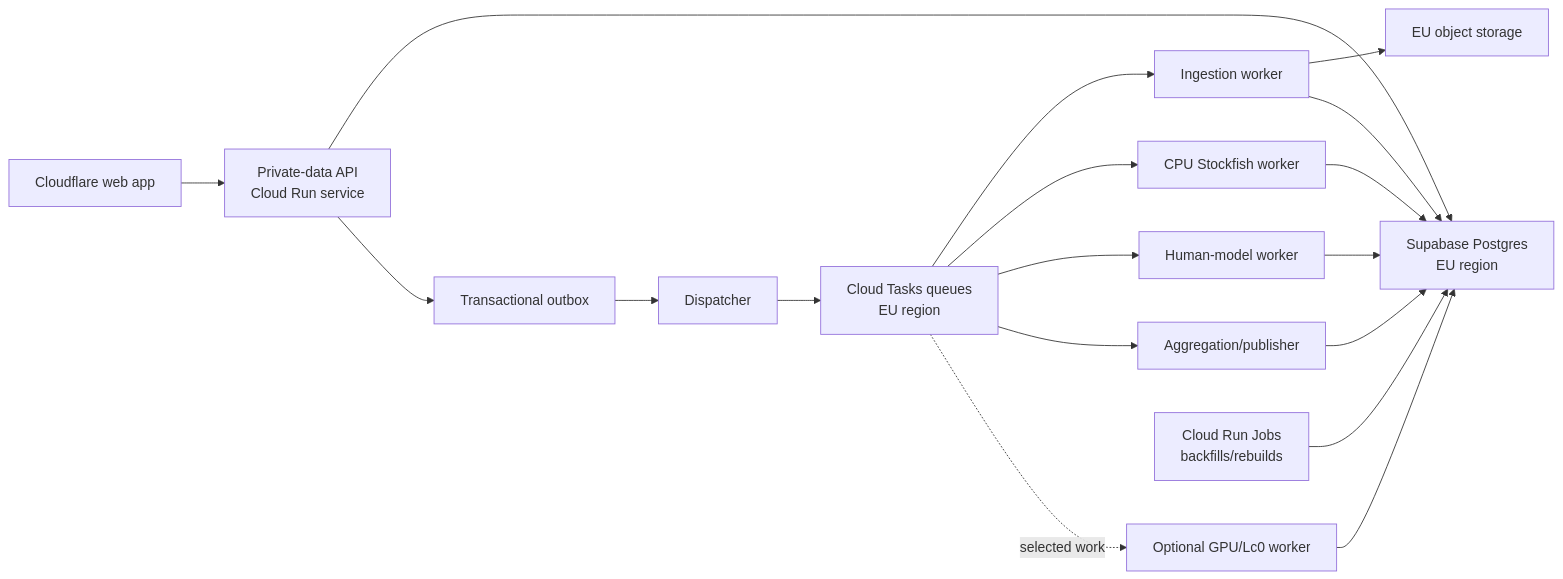
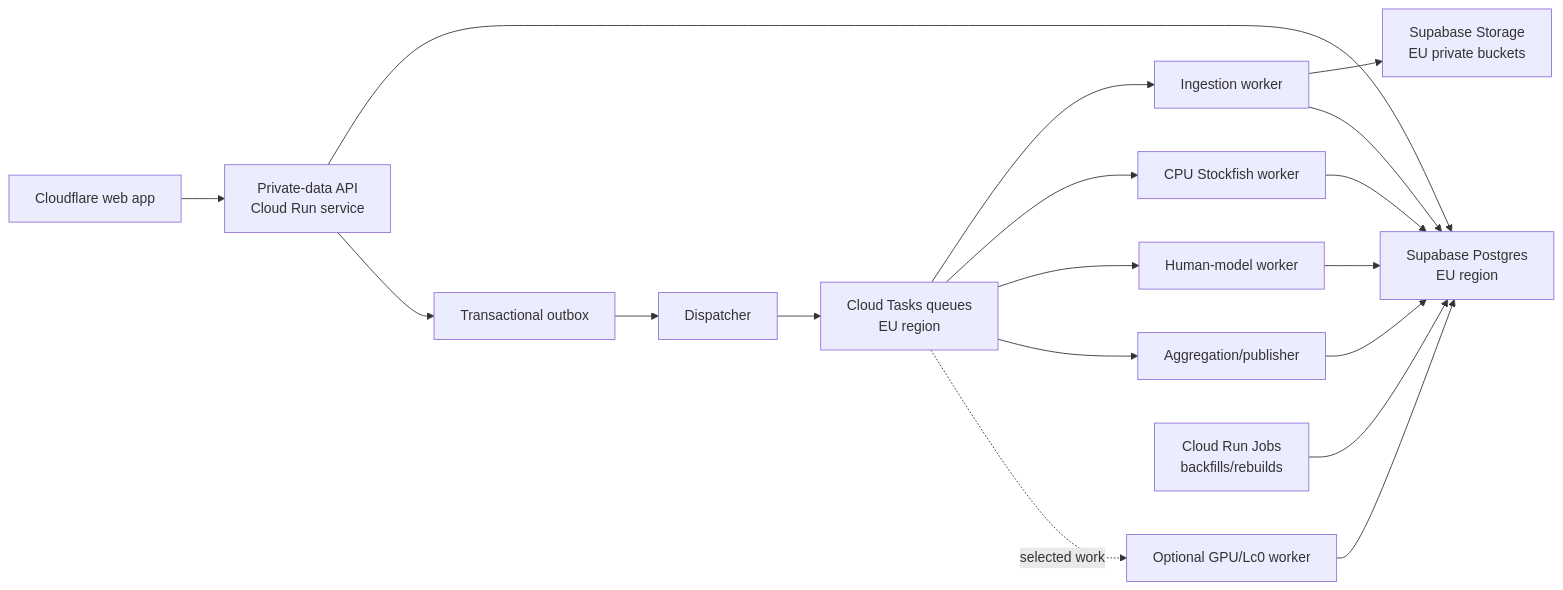
Before and after one commit to NeriCarcasci/tempo-chess: the second of 2 diagrams in plans/database-architecture.md, drawn with Mermaid. The commit also changed other lines of this file and 4 other files, not shown here.

````diff
--- a/plans/database-architecture.md
+++ b/plans/database-architecture.md
@@ -2299,20 +2410,20 @@
 ```mermaid
 flowchart LR
     WEB["Cloudflare web app"] --> API["Private-data API\nCloud Run service"]
     API --> DB["Supabase Postgres\nEU region"]
     API --> OUT["Transactional outbox"]
     OUT --> DISP["Dispatcher"]
     DISP --> Q["Cloud Tasks queues\nEU region"]
     Q --> ING["Ingestion worker"]
     Q --> SF["CPU Stockfish worker"]
     Q --> HM["Human-model worker"]
     Q --> AGG["Aggregation/publisher"]
     Q -. selected work .-> GPU["Optional GPU/Lc0 worker"]
-    ING --> OBJ["EU object storage"]
+    ING --> OBJ["Supabase Storage\nEU private buckets"]
     ING --> DB
     SF --> DB
     HM --> DB
     GPU --> DB
     AGG --> DB
     JOB["Cloud Run Jobs\nbackfills/rebuilds"] --> DB
 ```
````
